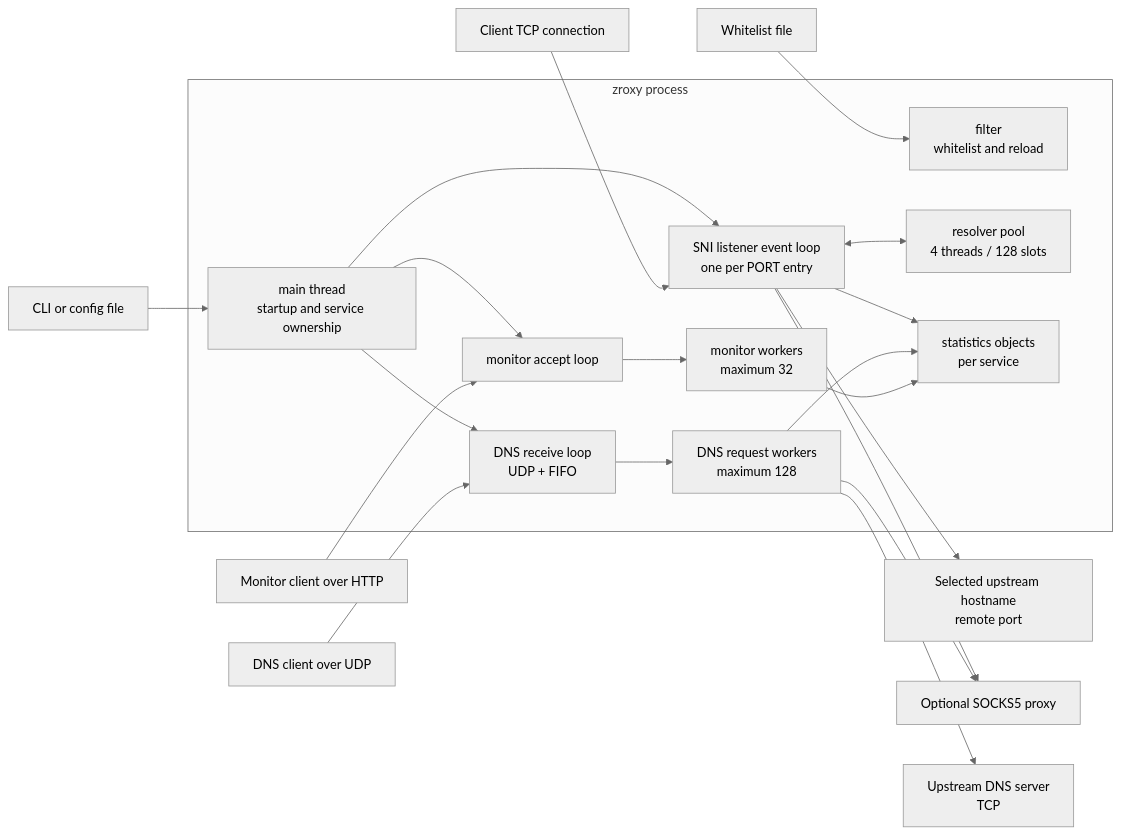
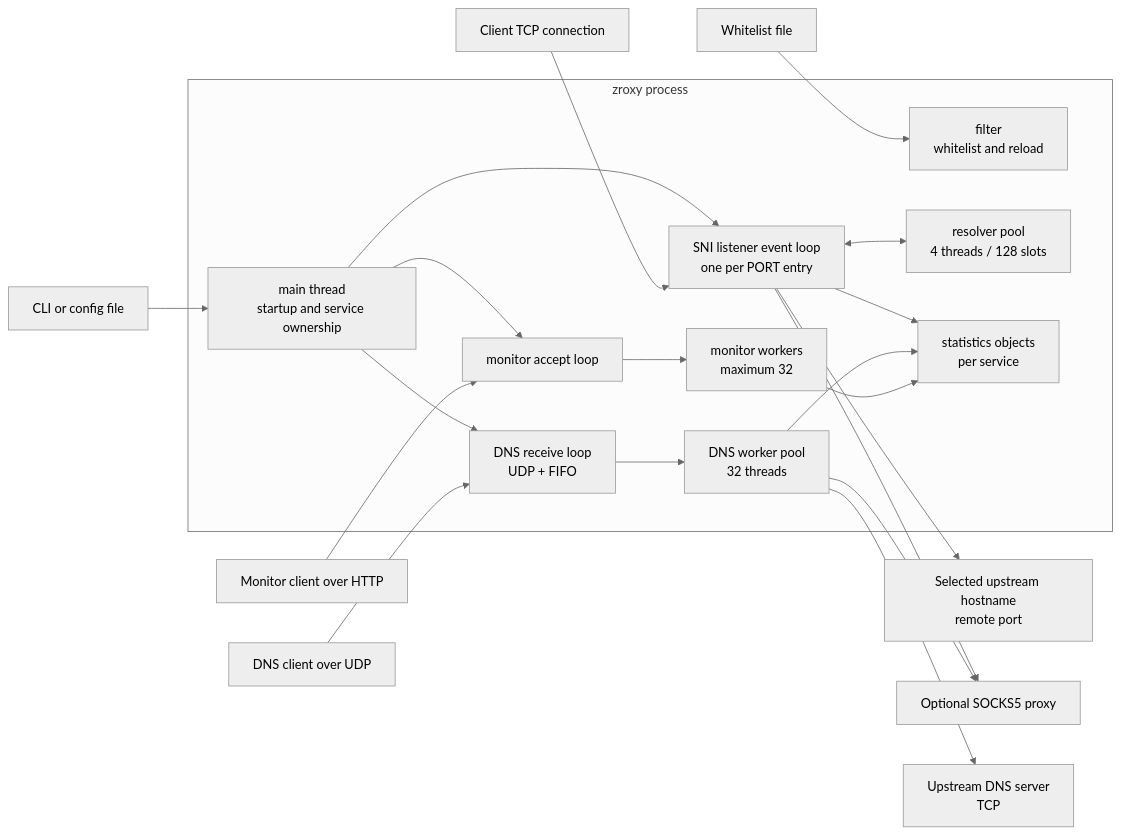
The first of 11 diagrams in ARCHITECTURE.md (0x7a657573/zroxy), drawn with Mermaid (neutral theme) before and after one commit. The commit also changed other lines of this file and 3 other files, not shown here.

````diff
--- a/ARCHITECTURE.md
+++ b/ARCHITECTURE.md
@@ -43,43 +55,43 @@
 ```mermaid
 flowchart LR
     Client[Client TCP connection]
     DNSClient[DNS client over UDP]
     MonitorClient[Monitor client over HTTP]
     Config[CLI or config file]
     White[Whitelist file]
 
     subgraph Z[zroxy process]
         Main[main thread\nstartup and service ownership]
         Filter[filter\nwhitelist and reload]
         SNI[SNI listener event loop\none per PORT entry]
         Resolve[resolver pool\n4 threads / 128 slots]
         DNS[DNS receive loop\nUDP + FIFO]
-        DNSWorkers[DNS request workers\nmaximum 128]
+        DNSWorkers[DNS worker pool\n32 threads]
         Monitor[monitor accept loop]
         MonWorkers[monitor workers\nmaximum 32]
         Stats[statistics objects\nper service]
     end
 
     Upstream[Selected upstream hostname\nremote port]
     SOCKS[Optional SOCKS5 proxy]
     DNSUpstream[Upstream DNS server\nTCP]
 
     Config --> Main
     White --> Filter
     Main --> SNI
     Main --> DNS
     Main --> Monitor
     Client --> SNI
     DNSClient --> DNS
     MonitorClient --> Monitor
     SNI <--> Resolve
     SNI --> Upstream
     SNI --> SOCKS
     DNS --> DNSWorkers
     DNSWorkers --> DNSUpstream
     DNSWorkers --> SOCKS
     Monitor --> MonWorkers
     SNI --> Stats
     DNSWorkers --> Stats
     MonWorkers --> Stats
 ```
````
